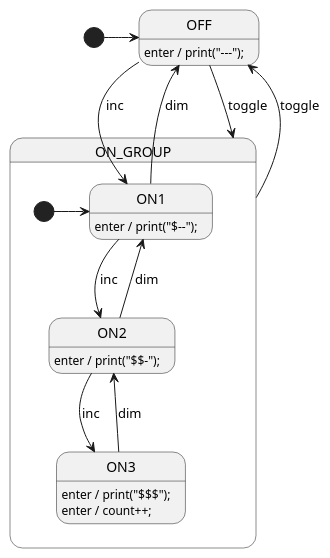
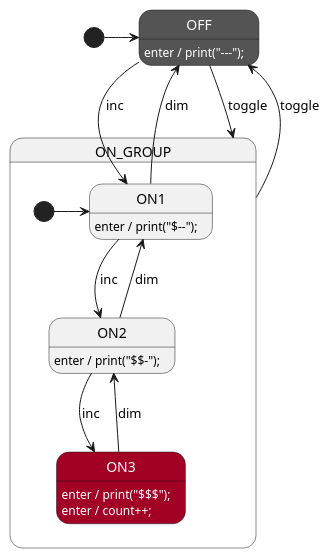
Before and after one commit to StateSmith/StateSmith: the diagram in src/StateSmith.Cli/Create/Templates/plantuml-simple-1/diagram.plantuml, drawn with PlantUML. The commit also changed 1 other file, not shown here.

Commit message:
cli - template - plantuml add color

```diff
--- a/src/StateSmith.Cli/Create/Templates/plantuml-simple-1/diagram.plantuml
+++ b/src/StateSmith.Cli/Create/Templates/plantuml-simple-1/diagram.plantuml
@@ -1,62 +1,72 @@
 @startuml {{smName}}
 
 /'
   This diagram is just a sample to show what the syntax can look like.
   
   We don't yet generate fully working examples for every supported language.
   This starting template is language agnostic.
 '/
 
+' ///////////////////////////// STYLES /////////////////////////////
+' Define some colors for the states. Totally optional.
+skinparam state {
+    ' red style:
+    BackgroundColor<<red>> a20025
+    FontColor<<red>> white
+    ' dark style:
+    BackgroundColor<<dark>> 545454
+    FontColor<<dark>> white
+}
 
 ' //////////////////////// STATE ORGANIZATION ///////////////////////
 ' Note: StateSmith treats state names and events as case insensitive.
 ' More info: https://github.com/StateSmith/StateSmith/wiki/PlantUML
 
-[*] -> OFF
+[*] -> OFF <<dark>>
 
 state ON_GROUP {
     [*] -> ON1
     state ON1
     state ON2
-    state ON3
+    state ON3 <<red>>
 }
 
 
 ' ///////////////////////// STATE HANDLERS /////////////////////////
 ' Syntax https://github.com/StateSmith/StateSmith/wiki/Behaviors
 
 'OFF
 OFF: enter / print("---");
 OFF --> ON1 : inc
 OFF --> ON_GROUP: toggle
 
 'ON_GROUP
 ON_GROUP --> OFF: toggle
 
 'ON1
 ON1: enter / print("$--");
 ON1 --> ON2 : inc
 ON1 --> OFF : dim
 
 'ON2
 ON2: enter / print("$$-");
 ON2 --> ON3 : inc
 ON2 --> ON1 : dim
 
 'ON3
 ON3: enter / print("$$$");
 ON3: enter / count++;
 ON3 --> ON2 : dim
 
 
 
 ' //////////////////////// StateSmith config ////////////////////////
 ' The below special comment block sets the StateSmith configuration.
 ' More info: https://github.com/StateSmith/StateSmith/issues/335
 ' Feel free to remove or modify it as needed.
 
 /'! $CONFIG : toml
 {{configToml}}
 '/
 
 @enduml
```
